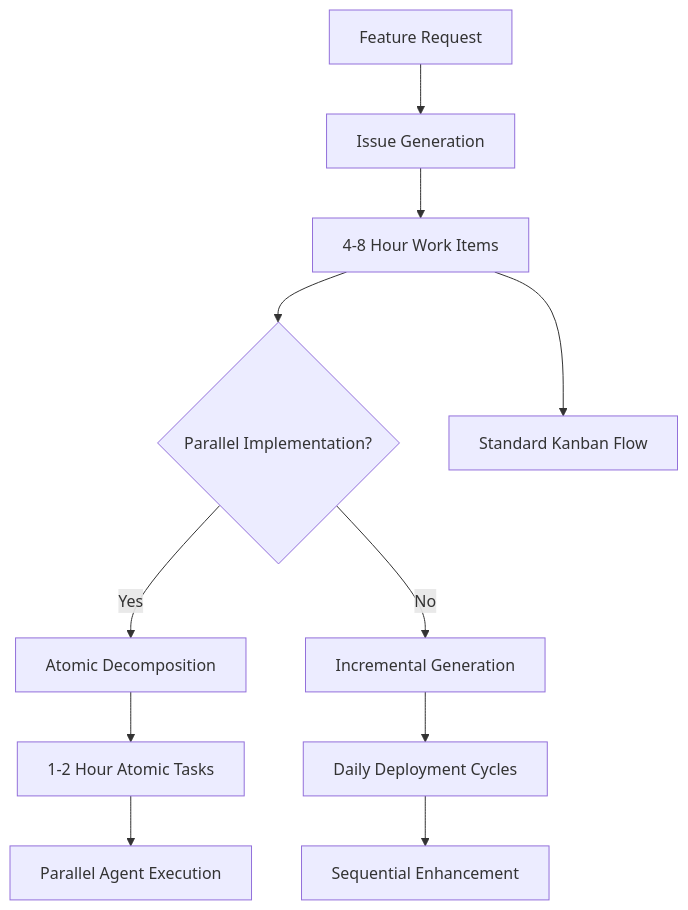
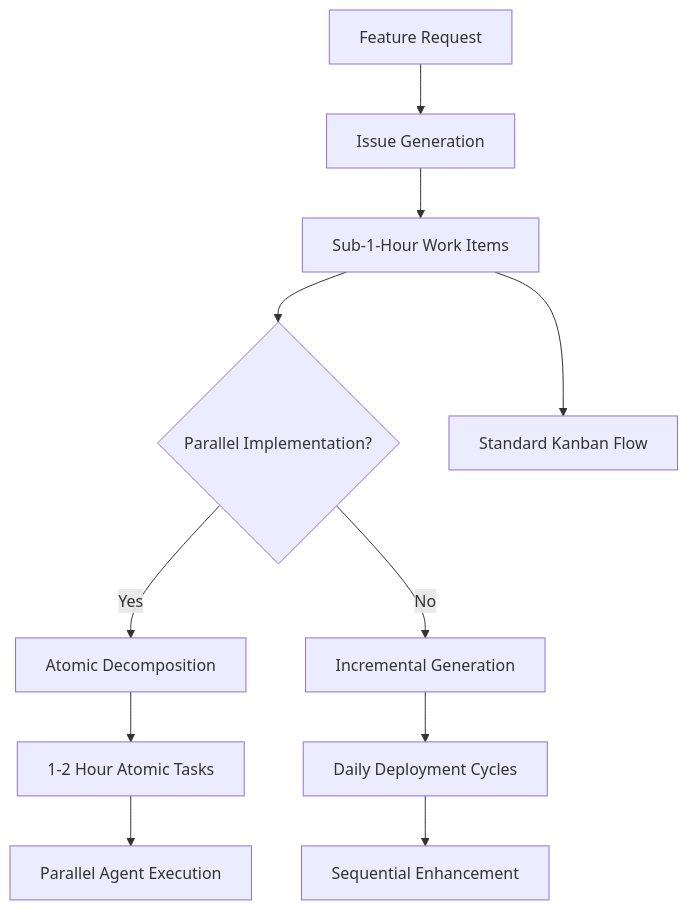
Before and after one commit to PaulDuvall/ai-development-patterns: the third of 17 diagrams in README.md, drawn with Mermaid. The commit also changed other lines of this file and 15 other files, not shown here.

````diff
--- a/README.md
+++ b/README.md
@@ -296,14 +297,14 @@
 ```mermaid
 graph TD
     A[Feature Request] --> B[Issue Generation]
-    B --> C[4-8 Hour Work Items]
+    B --> C[Sub-1-Hour Work Items]
     C --> D{Parallel Implementation?}
     D -->|Yes| E[Atomic Decomposition]
     D -->|No| F[Incremental Generation]
     E --> G[1-2 Hour Atomic Tasks]
     F --> H[Daily Deployment Cycles]
 
     G --> I[Parallel Agent Execution]
     H --> J[Sequential Enhancement]
     C --> K[Standard Kanban Flow]
 ```
````
